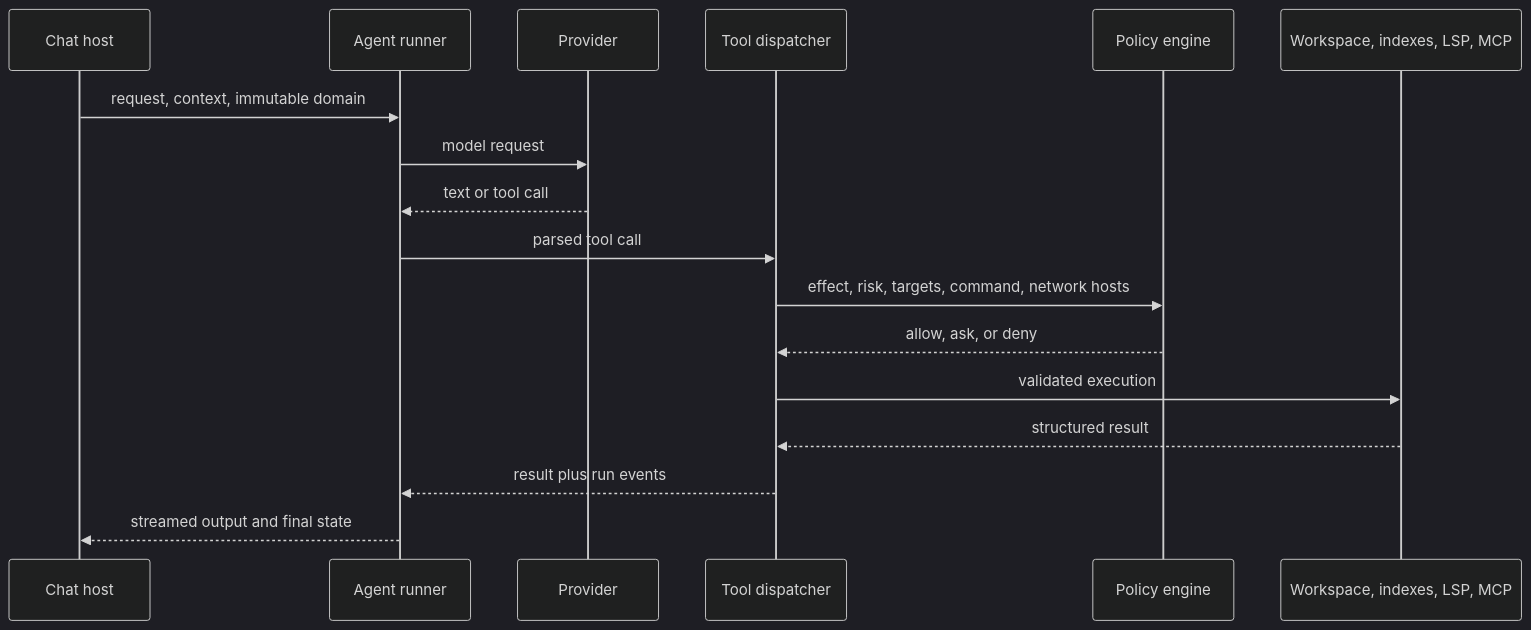
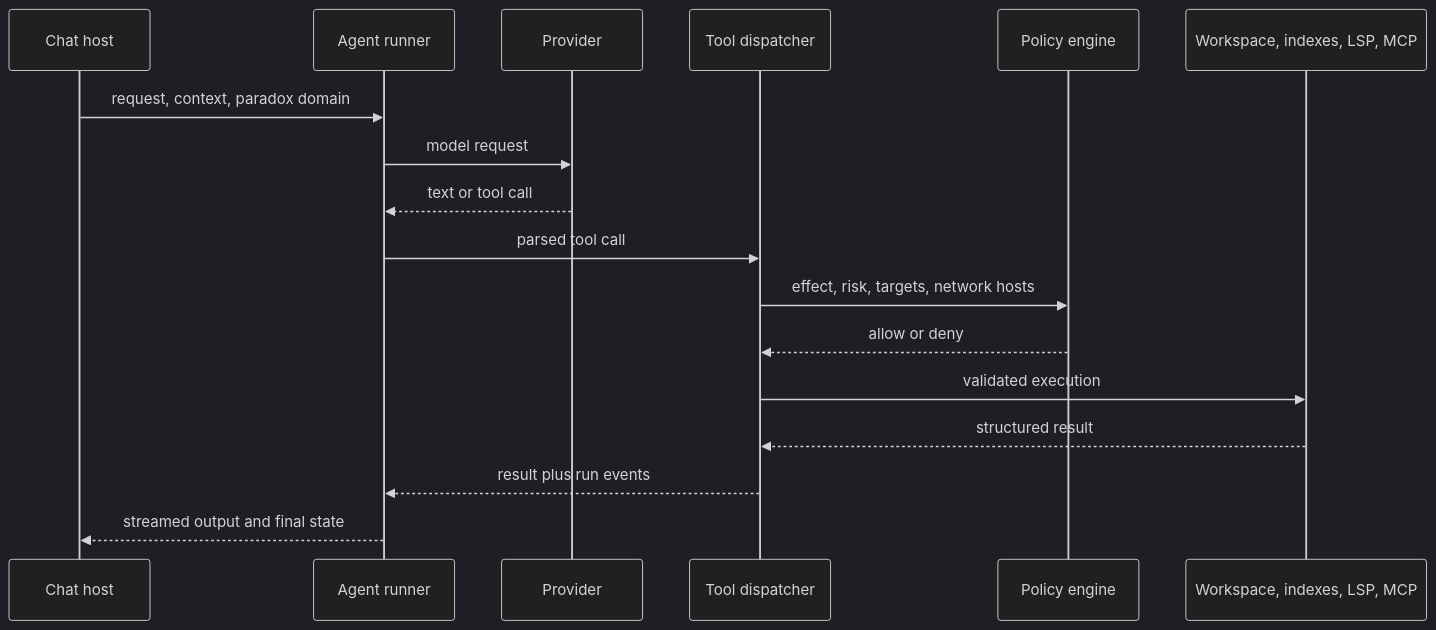
One commit to Aa728848/cwtools-vscode changed the fifth of 12 diagrams in ARCHITECTURE.md. Above: the diagram before and after it, drawn with Mermaid (dark theme). The commit also changed other lines of this file and 143 other files, not shown here.

````diff
--- a/ARCHITECTURE.md
+++ b/ARCHITECTURE.md
@@ -225,20 +225,20 @@
 ```mermaid
 sequenceDiagram
     participant C as Chat host
     participant R as Agent runner
     participant P as Provider
     participant T as Tool dispatcher
     participant G as Policy engine
     participant S as Workspace, indexes, LSP, MCP
 
-    C->>R: request, context, immutable domain
+    C->>R: request, context, paradox domain
     R->>P: model request
     P-->>R: text or tool call
     R->>T: parsed tool call
-    T->>G: effect, risk, targets, command, network hosts
-    G-->>T: allow, ask, or deny
+    T->>G: effect, risk, targets, network hosts
+    G-->>T: allow or deny
     T->>S: validated execution
     S-->>T: structured result
     T-->>R: result plus run events
     R-->>C: streamed output and final state
 ```
````
